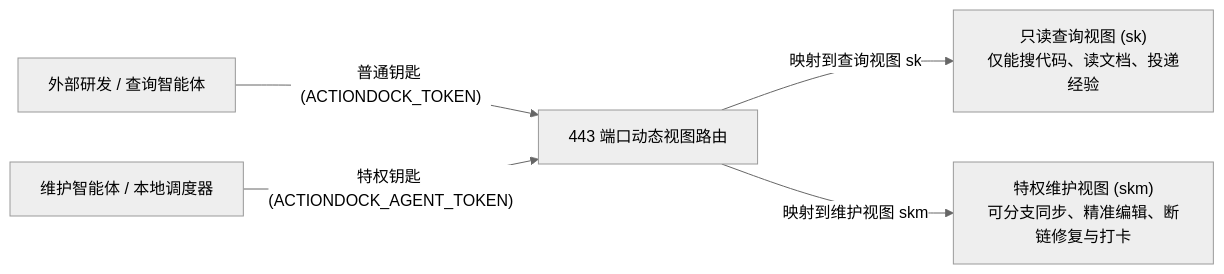
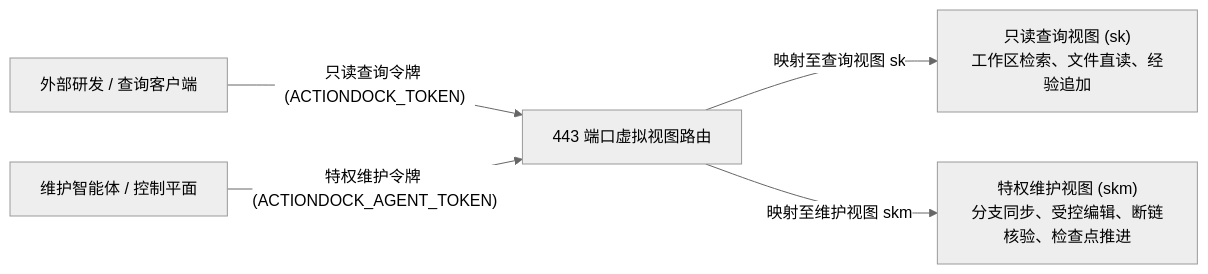
Before and after one commit to fjay/knowledge-dock: the second of 3 diagrams in docs/architecture.md, drawn with Mermaid (neutral theme). The commit also changed other lines of this file and 4 other files, not shown here.

````diff
--- a/docs/architecture.md
+++ b/docs/architecture.md
@@ -41,8 +41,8 @@
 ```mermaid
 flowchart LR
-    User["外部研发 / 查询智能体"] -->|"普通钥匙 (ACTIONDOCK_TOKEN)"| Router["443 端口动态视图路由"]
-    Agent["维护智能体 / 本地调度器"] -->|"特权钥匙 (ACTIONDOCK_AGENT_TOKEN)"| Router
+    User["外部研发 / 查询客户端"] -->|"只读查询令牌 (ACTIONDOCK_TOKEN)"| Router["443 端口虚拟视图路由"]
+    Agent["维护智能体 / 控制平面"] -->|"特权维护令牌 (ACTIONDOCK_AGENT_TOKEN)"| Router
 
-    Router -->|"映射到查询视图 sk"| ViewQuery["只读查询视图 (sk)<br/>仅能搜代码、读文档、投递经验"]
-    Router -->|"映射到维护视图 skm"| ViewMaint["特权维护视图 (skm)<br/>可分支同步、精准编辑、断链修复与打卡"]
+    Router -->|"映射至查询视图 sk"| ViewQuery["只读查询视图 (sk)<br/>工作区检索、文件直读、经验追加"]
+    Router -->|"映射至维护视图 skm"| ViewMaint["特权维护视图 (skm)<br/>分支同步、受控编辑、断链核验、检查点推进"]
 ```
````
